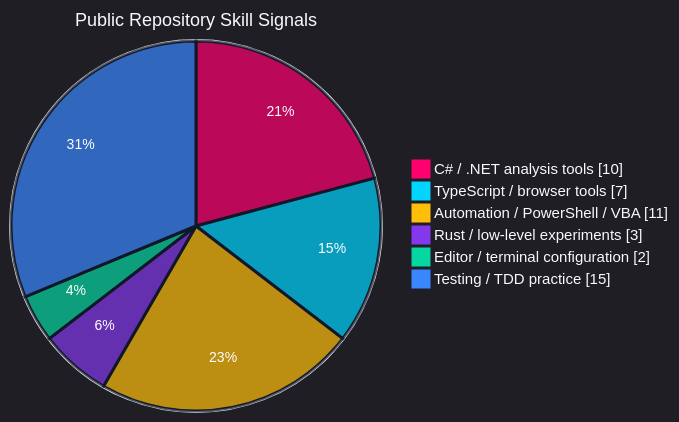
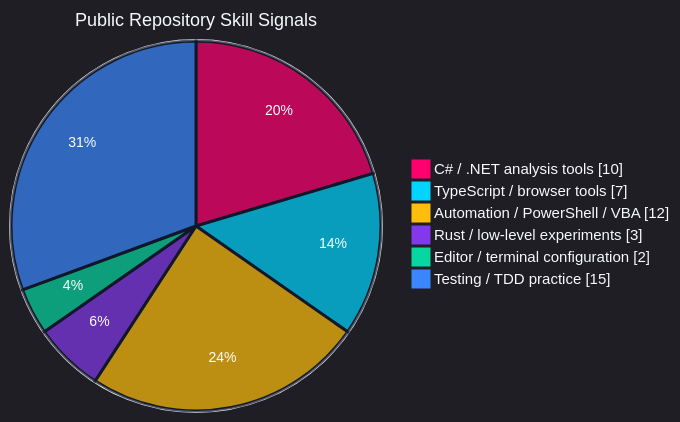
Before and after one commit to SSsan-00/SSsan-00: the first of 4 diagrams in README.md, drawn with Mermaid. The commit also changed other lines of this file and 2 other files, not shown here.

````diff
--- a/README.md
+++ b/README.md
@@ -44,11 +44,11 @@
 ```mermaid
 %%{init: {"theme":"dark","themeVariables":{"background":"#0f172a","mainBkg":"#0f172a","textColor":"#f8fafc","primaryTextColor":"#f8fafc","pieStrokeColor":"#0f172a","pieStrokeWidth":"3px","pieOuterStrokeColor":"#f8fafc","pieOuterStrokeWidth":"2px","pieTitleTextColor":"#f8fafc","pieTitleTextSize":"18px","pieLegendTextColor":"#f8fafc","pieLegendTextSize":"15px","pieSectionTextColor":"#ffffff","pieSectionTextSize":"14px","pie1":"#ff006e","pie2":"#00d4ff","pie3":"#ffbe0b","pie4":"#8338ec","pie5":"#06d6a0","pie6":"#3a86ff"}}}%%
 pie showData
   title Public Repository Skill Signals
   "C# / .NET analysis tools" : 10
   "TypeScript / browser tools" : 7
-  "Automation / PowerShell / VBA" : 11
+  "Automation / PowerShell / VBA" : 12
   "Rust / low-level experiments" : 3
   "Editor / terminal configuration" : 2
   "Testing / TDD practice" : 15
 ```
````
